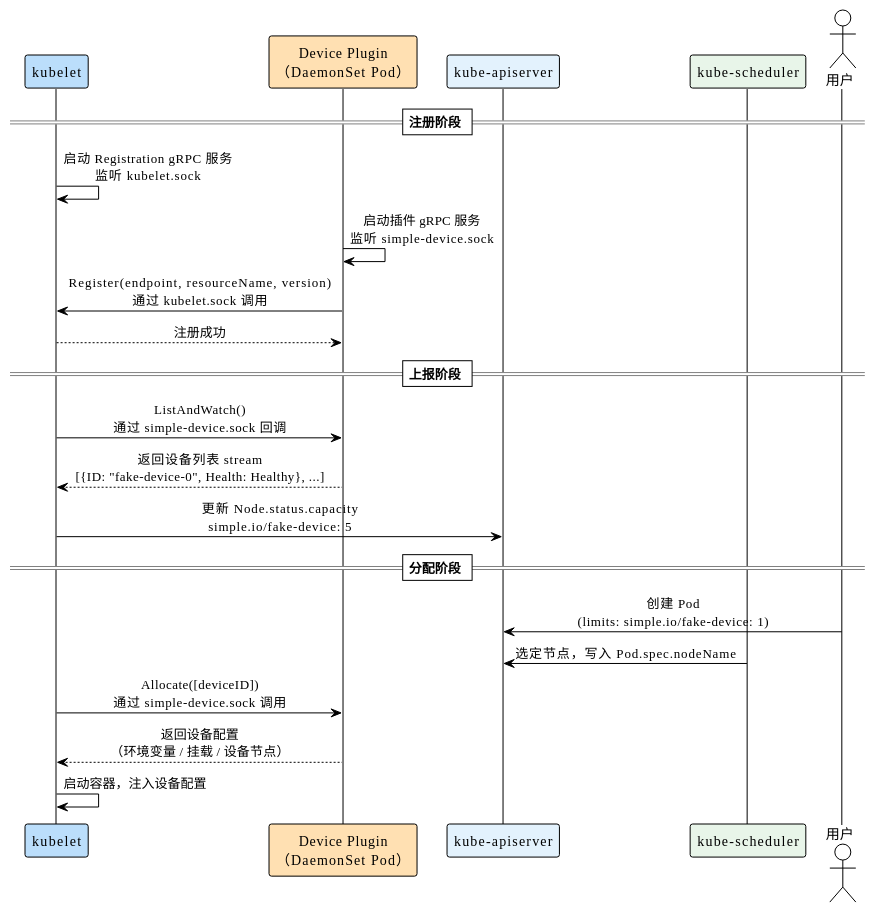
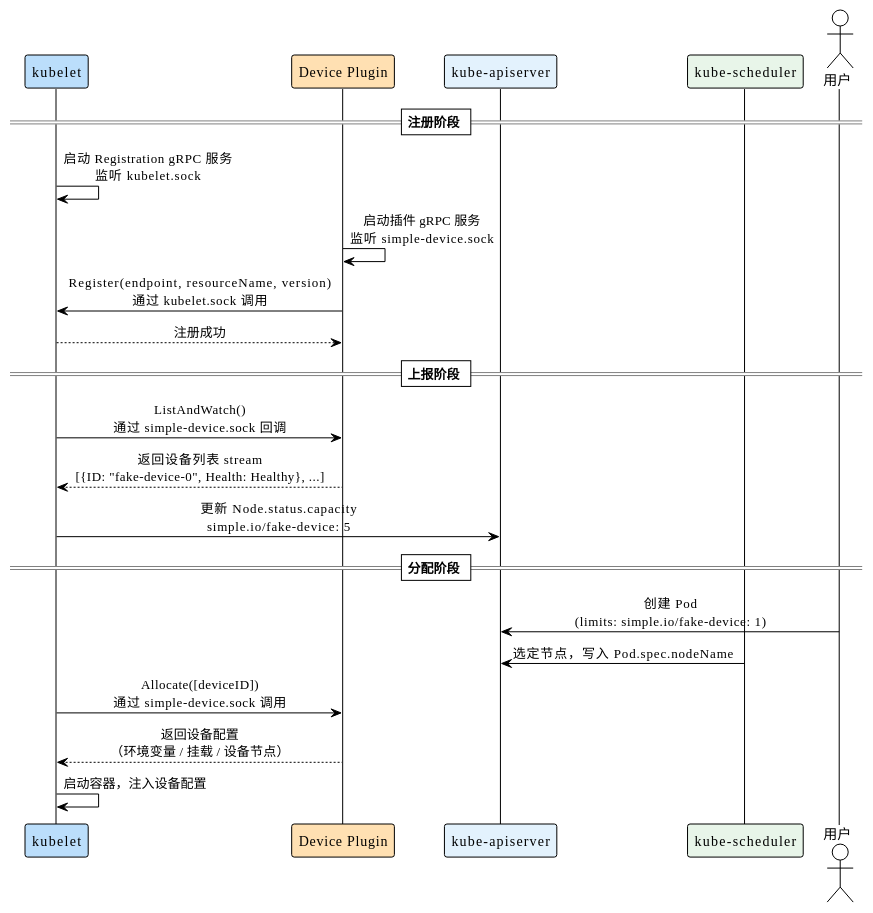
The diagram in content/extensions/kubelet-device-plugin.md (togettoyou/kubernetes-src-notes), drawn with PlantUML before and after one commit. The commit also changed other lines of this file, not shown here.

````diff
--- a/content/extensions/kubelet-device-plugin.md
+++ b/content/extensions/kubelet-device-plugin.md
@@ -14,32 +14,32 @@
 ```plantuml
 @startuml
 !theme plain
 skinparam sequenceMessageAlign center
 skinparam responseMessageBelowArrow true
 skinparam defaultTextAlignment center
 
 participant "kubelet" as k #BBDEFB
-participant "Device Plugin\n（DaemonSet Pod）" as dp #FFE0B2
+participant "Device Plugin" as dp #FFE0B2
 participant "kube-apiserver" as api #E3F2FD
 participant "kube-scheduler" as sch #E8F5E9
 actor "用户" as user
 
 == 注册阶段 ==
 k -> k : 启动 Registration gRPC 服务\n监听 kubelet.sock
 dp -> dp : 启动插件 gRPC 服务\n监听 simple-device.sock
 dp -> k : Register(endpoint, resourceName, version)\n通过 kubelet.sock 调用
 k --> dp : 注册成功
 
 == 上报阶段 ==
 k -> dp : ListAndWatch()\n通过 simple-device.sock 回调
 dp --> k : 返回设备列表 stream\n[{ID: "fake-device-0", Health: Healthy}, ...]
 k -> api : 更新 Node.status.capacity\nsimple.io/fake-device: 5
 
 == 分配阶段 ==
 user -> api : 创建 Pod\n(limits: simple.io/fake-device: 1)
 sch -> api : 选定节点，写入 Pod.spec.nodeName
 k -> dp : Allocate([deviceID])\n通过 simple-device.sock 调用
 dp --> k : 返回设备配置\n（环境变量 / 挂载 / 设备节点）
 k -> k : 启动容器，注入设备配置
 @enduml
 ```
````
